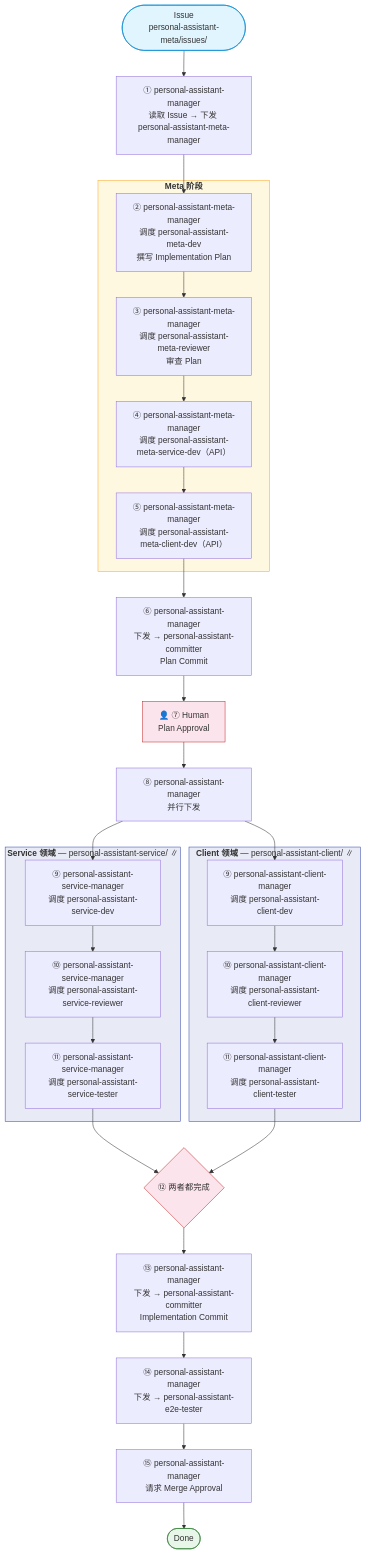
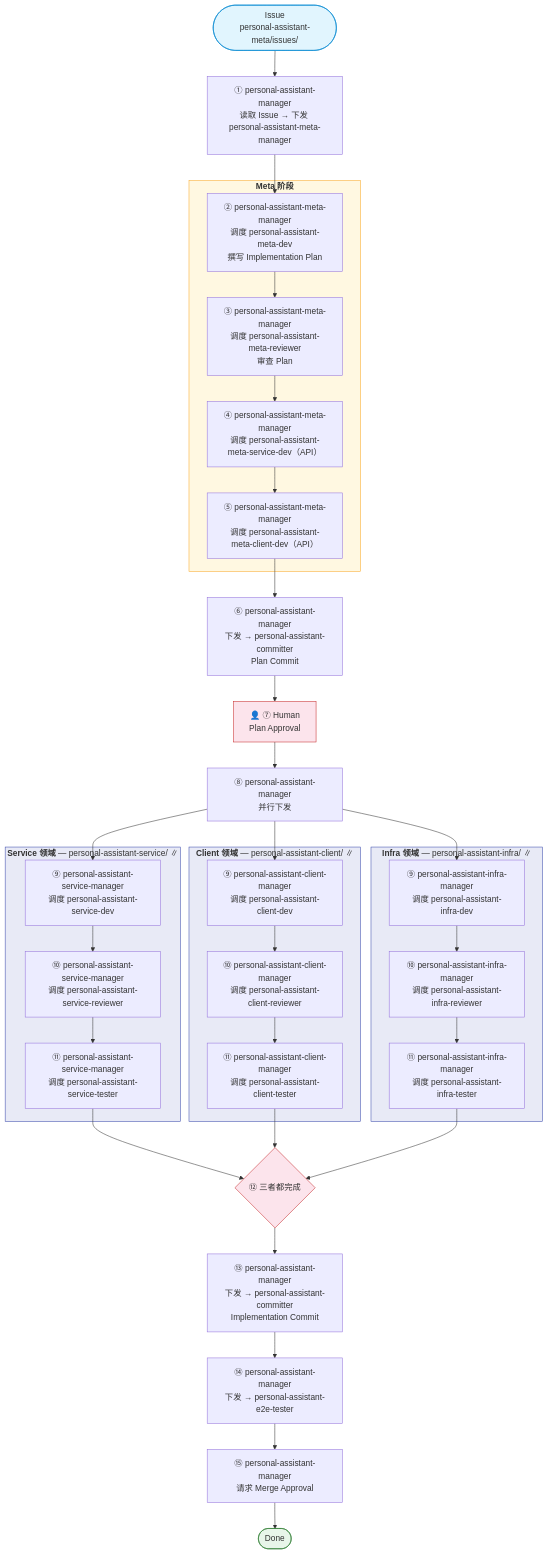
The second of 2 diagrams in personal-assistant-meta/architecture/devops/opencode-workflow.md (T-1009/personal-assistant), drawn with Mermaid before and after one commit. The commit also changed other lines of this file and 8 other files, not shown here.

````diff
--- a/personal-assistant-meta/architecture/devops/opencode-workflow.md
+++ b/personal-assistant-meta/architecture/devops/opencode-workflow.md
@@ -97,57 +110,67 @@
 ```mermaid
 flowchart TD
     START(["Issue<br/>personal-assistant-meta/issues/"])
 
     START --> S1["① personal-assistant-manager<br/>读取 Issue → 下发 personal-assistant-meta-manager"]
 
     subgraph META_PHASE["<b>Meta 阶段</b>"]
         S2["② personal-assistant-meta-manager<br/>调度 personal-assistant-meta-dev<br/>撰写 Implementation Plan"]
         S3["③ personal-assistant-meta-manager<br/>调度 personal-assistant-meta-reviewer<br/>审查 Plan"]
         S4["④ personal-assistant-meta-manager<br/>调度 personal-assistant-meta-service-dev（API）"]
         S5["⑤ personal-assistant-meta-manager<br/>调度 personal-assistant-meta-client-dev（API）"]
     end
 
     S1 --> S2
     S2 --> S3 --> S4 --> S5
 
     S5 --> S5b["⑥ personal-assistant-manager<br/>下发 → personal-assistant-committer<br/>Plan Commit"]
 
     S5b --> HUMAN_APPROVAL["👤 ⑦ Human<br/>Plan Approval"]
 
     HUMAN_APPROVAL --> S6["⑧ personal-assistant-manager<br/>并行下发"]
 
     subgraph SVC_PHASE["<b>Service 领域</b> — personal-assistant-service/  ∥"]
         S7A["⑨ personal-assistant-service-manager<br/>调度 personal-assistant-service-dev"]
         S8A["⑩ personal-assistant-service-manager<br/>调度 personal-assistant-service-reviewer"]
         S9A["⑪ personal-assistant-service-manager<br/>调度 personal-assistant-service-tester"]
     end
 
     subgraph CLIENT_PHASE["<b>Client 领域</b> — personal-assistant-client/  ∥"]
         S7B["⑨ personal-assistant-client-manager<br/>调度 personal-assistant-client-dev"]
         S8B["⑩ personal-assistant-client-manager<br/>调度 personal-assistant-client-reviewer"]
         S9B["⑪ personal-assistant-client-manager<br/>调度 personal-assistant-client-tester"]
     end
 
+    subgraph INFRA_PHASE["<b>Infra 领域</b> — personal-assistant-infra/  ∥"]
+        S7C["⑨ personal-assistant-infra-manager<br/>调度 personal-assistant-infra-dev"]
+        S8C["⑩ personal-assistant-infra-manager<br/>调度 personal-assistant-infra-reviewer"]
+        S9C["⑪ personal-assistant-infra-manager<br/>调度 personal-assistant-infra-tester"]
+    end
+
     S6 --> S7A
     S6 --> S7B
+    S6 --> S7C
 
     S7A --> S8A --> S9A
     S7B --> S8B --> S9B
+    S7C --> S8C --> S9C
 
-    S9A --> JOIN{"⑫ 两者都完成"}
+    S9A --> JOIN{"⑫ 三者都完成"}
     S9B --> JOIN
+    S9C --> JOIN
 
     JOIN --> S10["⑬ personal-assistant-manager<br/>下发 → personal-assistant-committer<br/>Implementation Commit"]
 
     S10 --> S11["⑭ personal-assistant-manager<br/>下发 → personal-assistant-e2e-tester"]
     S11 --> S12["⑮ personal-assistant-manager<br/>请求 Merge Approval"]
     S12 --> DONE(["Done"])
 
     style START fill:#e1f5fe,stroke:#0288d1
     style JOIN fill:#fce4ec,stroke:#c62828
     style DONE fill:#e8f5e9,stroke:#2e7d32
     style META_PHASE fill:#fff8e1,stroke:#f9a825
     style SVC_PHASE fill:#e8eaf6,stroke:#3949ab
     style CLIENT_PHASE fill:#e8eaf6,stroke:#3949ab
+    style INFRA_PHASE fill:#e8eaf6,stroke:#3949ab
     style HUMAN_APPROVAL fill:#fce4ec,stroke:#c62828
 ```
````
